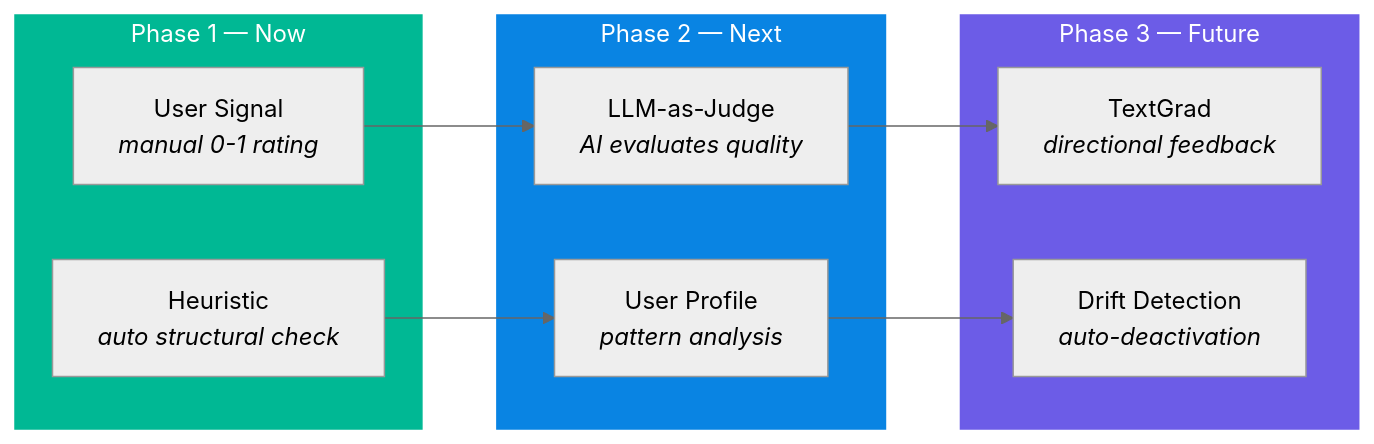
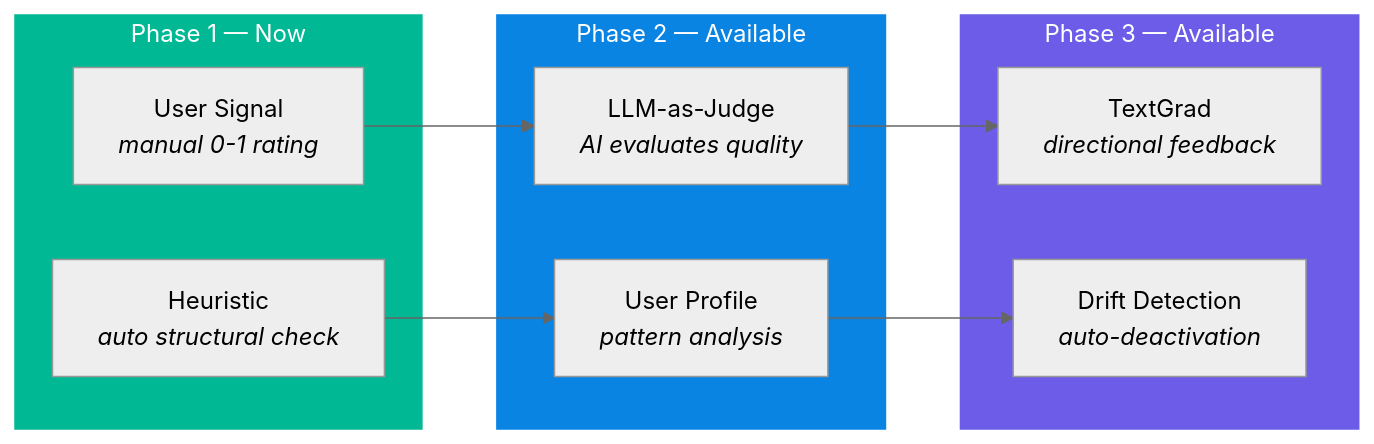
One commit to tomtomjskim/aiwright changed the fifth of 5 diagrams in README.md. Above: the diagram before and after it, drawn with Mermaid (neutral theme). The commit also changed other lines of this file and 42 other files, not shown here.

````diff
--- a/README.md
+++ b/README.md
@@ -478,24 +511,24 @@
 ```mermaid
 graph LR
     subgraph now ["Phase 1 — Now"]
         US["User Signal<br/><i>manual 0-1 rating</i>"]
         HE["Heuristic<br/><i>auto structural check</i>"]
     end
 
-    subgraph next ["Phase 2 — Next"]
+    subgraph next ["Phase 2 — Available"]
         LJ["LLM-as-Judge<br/><i>AI evaluates quality</i>"]
         UP["User Profile<br/><i>pattern analysis</i>"]
     end
 
-    subgraph future ["Phase 3 — Future"]
+    subgraph future ["Phase 3 — Available"]
         TG["TextGrad<br/><i>directional feedback</i>"]
         DD["Drift Detection<br/><i>auto-deactivation</i>"]
     end
 
     US --> LJ --> TG
     HE --> UP --> DD
 
     style now fill:#00b894,stroke:#00b894,color:#fff
     style next fill:#0984e3,stroke:#0984e3,color:#fff
     style future fill:#6c5ce7,stroke:#6c5ce7,color:#fff
 ```
````
